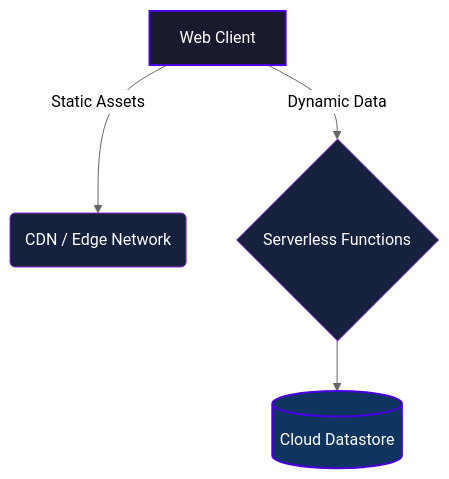
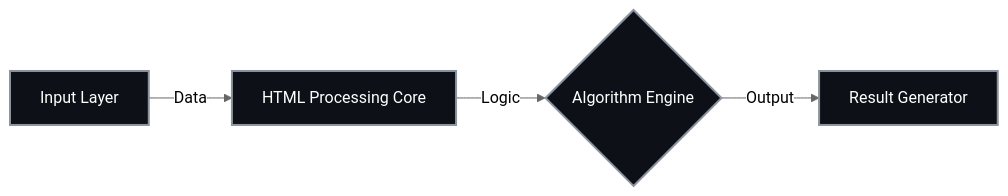
Before and after one commit to Nytrynox/Ori-Mind-Project: the diagram in README.md, drawn with Mermaid (neutral theme). The commit also changed other lines of this file, not shown here.

Commit message:
docs: Deploy analyzed project-specific README with real architecture

````diff
--- a/README.md
+++ b/README.md
@@ -31,14 +28,9 @@
 ```mermaid
-graph TD;
-    A[Web Client] -->|Static Assets| B(CDN / Edge Network);
-    A -->|Dynamic Data| C{Serverless Functions};
-    C --> D[(Cloud Datastore)];
+graph LR;
+    A["Input Layer"] -->|Data| B["HTML Processing Core"];
+    B -->|Logic| C{"Algorithm Engine"};
+    C -->|Output| D["Result Generator"];
     
-    classDef primary fill:#1a1a2e,stroke:#4a00e0,stroke-width:2px,color:#fff;
-    classDef secondary fill:#16213e,stroke:#8e2de2,stroke-width:1px,color:#fff;
-    classDef database fill:#0f3460,stroke:#4a00e0,stroke-width:2px,color:#fff;
-    
-    class A primary;
-    class B,C secondary;
-    class D database;
+    classDef core fill:#0d1117,stroke:#8b949e,stroke-width:2px,color:#fff;
+    class A,B,C,D core;
 ```
````
